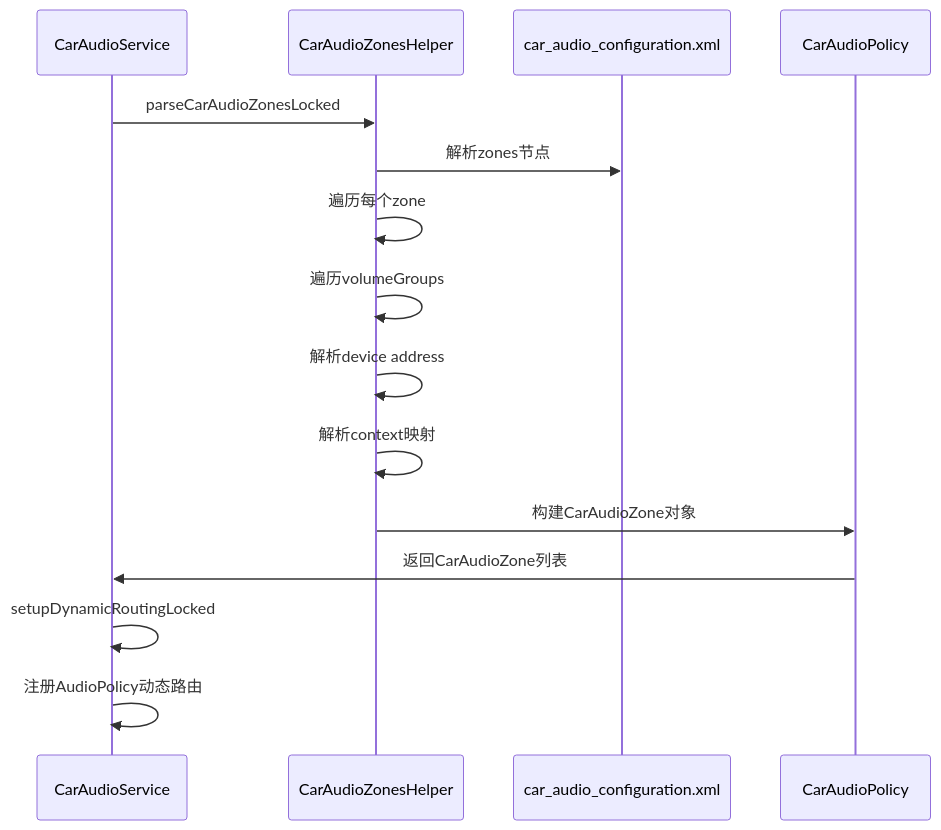
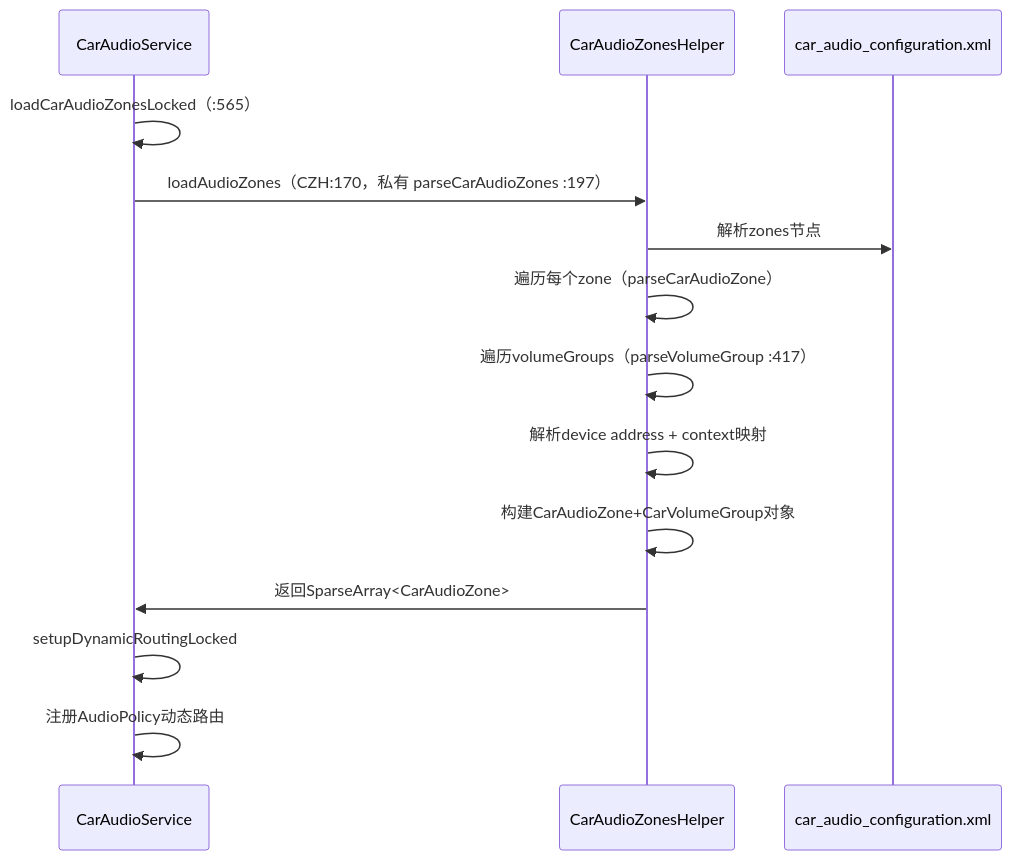
One commit to yanglinzhen1022/SA8295_AAOS_QNX_Audio_KnowledgeBase changed the second of 2 diagrams in 11_Vendor_Layer/11_11.5_car_audio_configuration.xml-AAOS车载配置.md. Above: the diagram before and after it, drawn with Mermaid. The commit also changed other lines of this file and 4 other files, not shown here.

````diff
--- a/11_Vendor_Layer/11_11.5_car_audio_configuration.xml-AAOS车载配置.md
+++ b/11_Vendor_Layer/11_11.5_car_audio_configuration.xml-AAOS车载配置.md
@@ -250,18 +250,17 @@
 ```mermaid
 sequenceDiagram
     participant CAS as CarAudioService
     participant CZH as CarAudioZonesHelper
     participant XML as car_audio_configuration.xml
-    participant CAP as CarAudioPolicy
 
-    CAS->>CZH: parseCarAudioZonesLocked
+    CAS->>CAS: loadCarAudioZonesLocked（:565）
+    CAS->>CZH: loadAudioZones（CZH:170，私有 parseCarAudioZones :197）
     CZH->>XML: 解析zones节点
-    CZH->>CZH: 遍历每个zone
-    CZH->>CZH: 遍历volumeGroups
-    CZH->>CZH: 解析device address
-    CZH->>CZH: 解析context映射
-    CZH->>CAP: 构建CarAudioZone对象
-    CAP->>CAS: 返回CarAudioZone列表
+    CZH->>CZH: 遍历每个zone（parseCarAudioZone）
+    CZH->>CZH: 遍历volumeGroups（parseVolumeGroup :417）
+    CZH->>CZH: 解析device address + context映射
+    CZH->>CZH: 构建CarAudioZone+CarVolumeGroup对象
+    CZH->>CAS: 返回SparseArray<CarAudioZone>
     CAS->>CAS: setupDynamicRoutingLocked
     CAS->>CAS: 注册AudioPolicy动态路由
 ```
````
